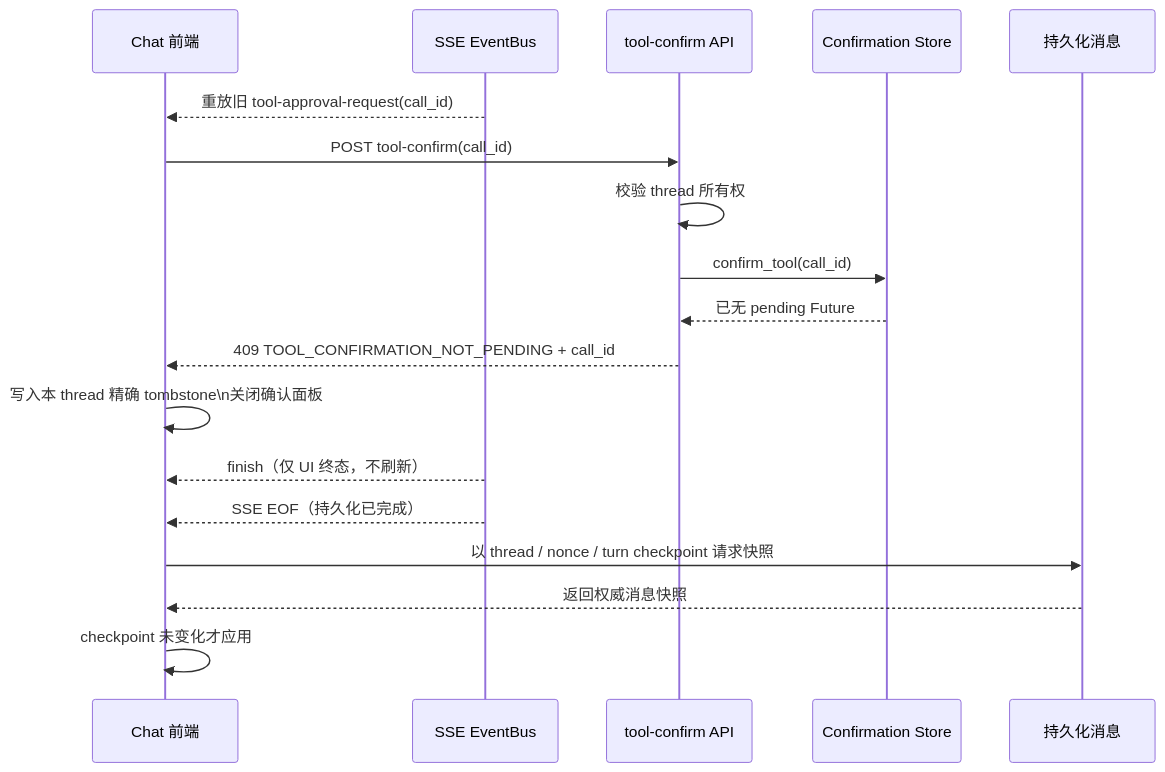
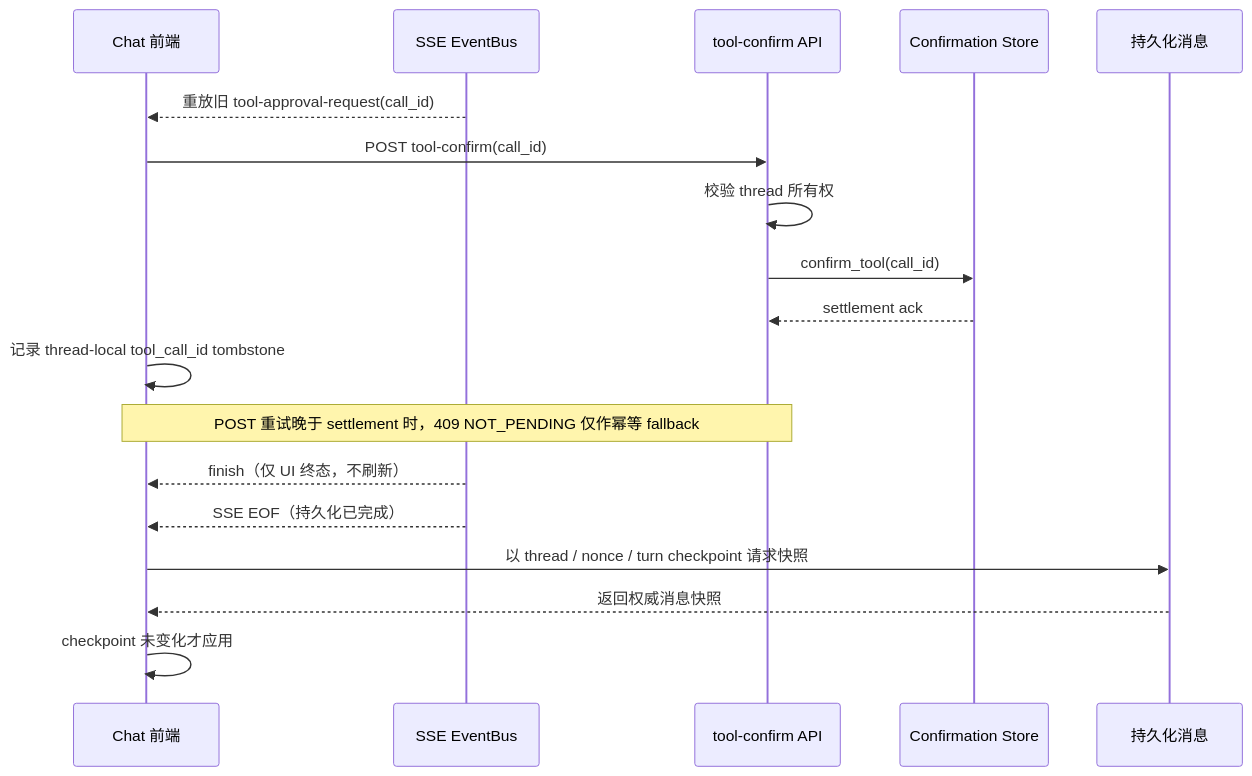
Before and after one commit to glide-the/im-dream: the sixth of 6 diagrams in docs/design/claude-agent/claude-agent-tool-confirmation-flow.md, drawn with Mermaid. The commit also changed other lines of this file and 296 other files, not shown here.

````diff
--- a/docs/design/claude-agent/claude-agent-tool-confirmation-flow.md
+++ b/docs/design/claude-agent/claude-agent-tool-confirmation-flow.md
@@ -655,21 +664,21 @@
 ```mermaid
 sequenceDiagram
     participant Browser as Chat 前端
     participant EventBus as SSE EventBus
     participant API as tool-confirm API
     participant Store as Confirmation Store
     participant History as 持久化消息
 
     EventBus-->>Browser: 重放旧 tool-approval-request(call_id)
     Browser->>API: POST tool-confirm(call_id)
     API->>API: 校验 thread 所有权
     API->>Store: confirm_tool(call_id)
-    Store-->>API: 已无 pending Future
-    API-->>Browser: 409 TOOL_CONFIRMATION_NOT_PENDING + call_id
-    Browser->>Browser: 写入本 thread 精确 tombstone\n关闭确认面板
+    Store-->>API: settlement ack
+    Browser->>Browser: 记录 thread-local tool_call_id tombstone
+    Note over Browser,API: POST 重试晚于 settlement 时，409 NOT_PENDING 仅作幂等 fallback
     EventBus-->>Browser: finish（仅 UI 终态，不刷新）
     EventBus-->>Browser: SSE EOF（持久化已完成）
     Browser->>History: 以 thread / nonce / turn checkpoint 请求快照
     History-->>Browser: 返回权威消息快照
     Browser->>Browser: checkpoint 未变化才应用
 ```
````
